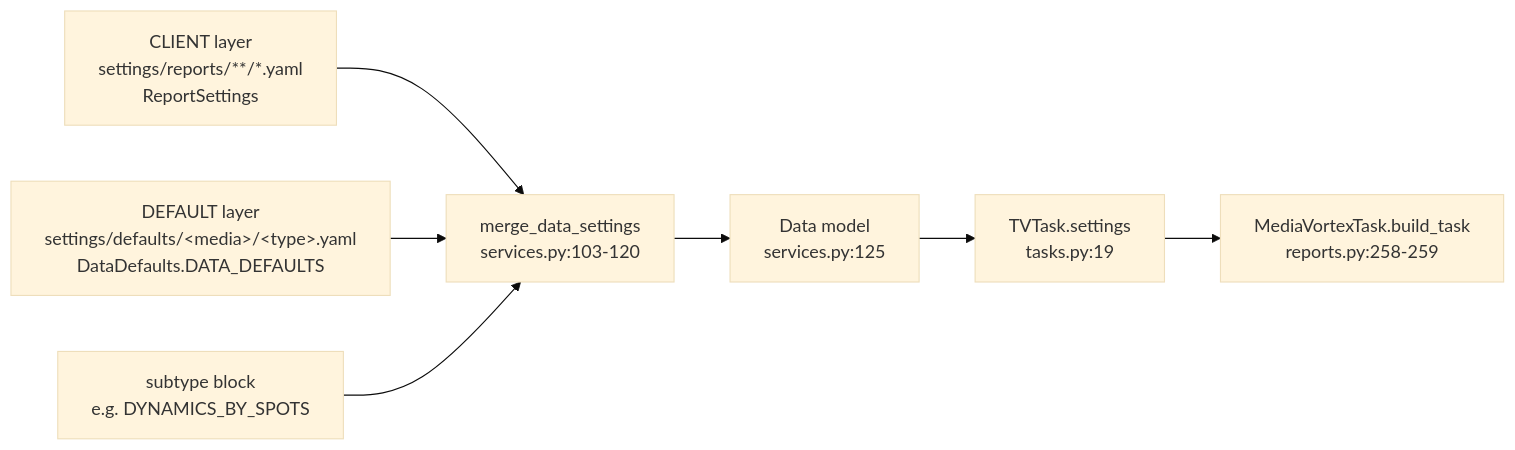
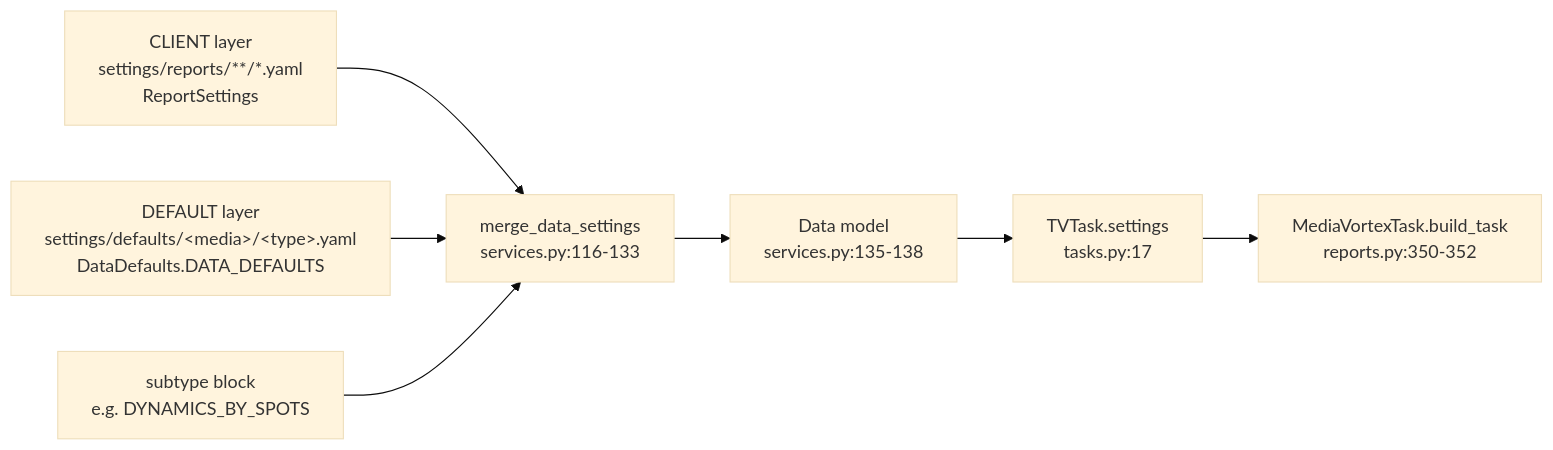
Before and after one commit to manicko/mko_get_mediascope_data: the first of 3 diagrams in docs/00-overview/data-flow-architecture.md, drawn with Mermaid (base theme). The commit also changed other lines of this file and 13 other files, not shown here.

````diff
--- a/docs/00-overview/data-flow-architecture.md
+++ b/docs/00-overview/data-flow-architecture.md
@@ -46,9 +46,9 @@
 ```mermaid
 flowchart LR
-    A["CLIENT layer<br/>settings/reports/**/*.yaml<br/>ReportSettings"] --> M["merge_data_settings<br/>services.py:103-120"]
+    A["CLIENT layer<br/>settings/reports/**/*.yaml<br/>ReportSettings"] --> M["merge_data_settings<br/>services.py:116-133"]
     B["DEFAULT layer<br/>settings/defaults/&lt;media&gt;/&lt;type&gt;.yaml<br/>DataDefaults.DATA_DEFAULTS"] --> M
     S["subtype block<br/>e.g. DYNAMICS_BY_SPOTS"] --> M
-    M --> D["Data model<br/>services.py:125"]
-    D --> T["TVTask.settings<br/>tasks.py:19"]
-    T --> API["MediaVortexTask.build_task<br/>reports.py:258-259"]
+    M --> D["Data model<br/>services.py:135-138"]
+    D --> T["TVTask.settings<br/>tasks.py:17"]
+    T --> API["MediaVortexTask.build_task<br/>reports.py:350-352"]
 ```
````
